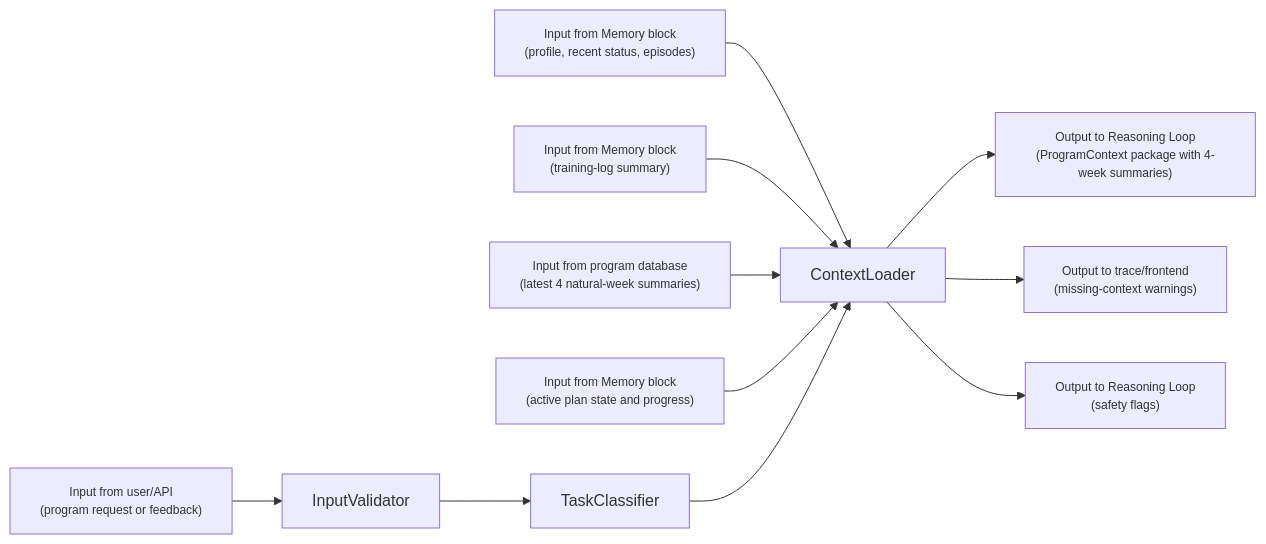
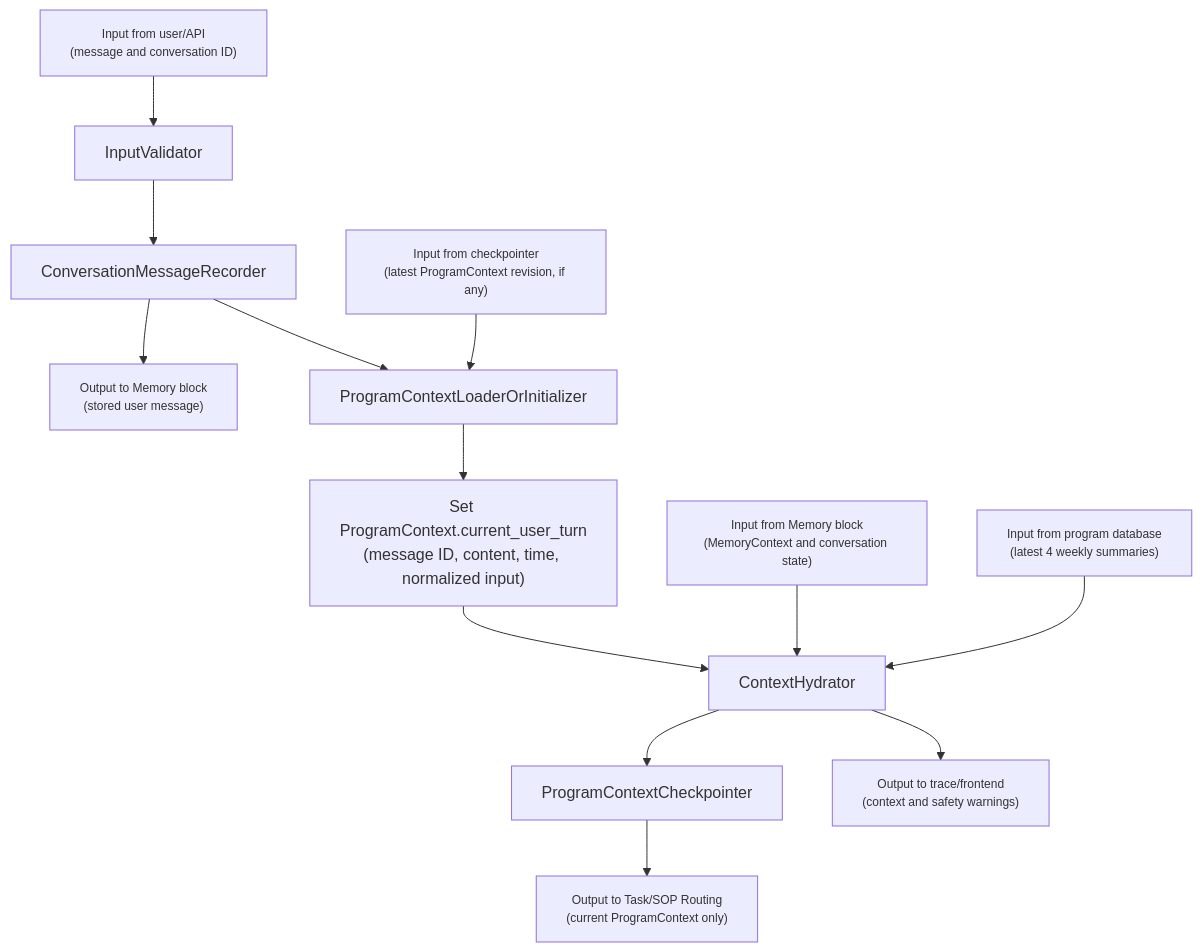
Before and after one commit to HanWang575/Agentic_Training_Plan_Generator: the first of 5 diagrams in docs/functions/program_generator.md, drawn with Mermaid. The commit also changed other lines of this file and 2 other files, not shown here.

Commit message:
Refine program generator architecture outline

````diff
--- a/docs/functions/program_generator.md
+++ b/docs/functions/program_generator.md
@@ -196,14 +201,16 @@
 ```mermaid
-flowchart LR
+flowchart TD
     classDef handoff font-size:12px,font-weight:300;
-    REQ["Input from user/API<br/>(program request or feedback)"]:::handoff --> IV["InputValidator"]
-    IV --> TC["TaskClassifier"]
-    MEM["Input from Memory block<br/>(profile, recent status, episodes)"]:::handoff --> CL["ContextLoader"]
-    TLOG["Input from Memory block<br/>(training-log summary)"]:::handoff --> CL
-    NOTES["Input from program database<br/>(latest 4 natural-week summaries)"]:::handoff --> CL
-    ACTIVE["Input from Memory block<br/>(active plan state and progress)"]:::handoff --> CL
-    TC --> CL
-    CL --> CTX["Output to Reasoning Loop<br/>(ProgramContext package with 4-week summaries)"]:::handoff
-    CL --> WARN["Output to trace/frontend<br/>(missing-context warnings)"]:::handoff
-    CL --> SAFE["Output to Reasoning Loop<br/>(safety flags)"]:::handoff
+    TURN["Input from user/API<br/>(message and conversation ID)"]:::handoff --> IV["InputValidator"]
+    IV --> RECORD["ConversationMessageRecorder"]
+    RECORD --> MEMMSG["Output to Memory block<br/>(stored user message)"]:::handoff
+    RECORD --> LOAD["ProgramContextLoaderOrInitializer"]
+    SAVED["Input from checkpointer<br/>(latest ProgramContext revision, if any)"]:::handoff --> LOAD
+    LOAD --> TURNPATCH["Set ProgramContext.current_user_turn<br/>(message ID, content, time, normalized input)"]
+    TURNPATCH --> HYDRATE["ContextHydrator"]
+    MEM["Input from Memory block<br/>(MemoryContext and conversation state)"]:::handoff --> HYDRATE
+    NOTES["Input from program database<br/>(latest 4 weekly summaries)"]:::handoff --> HYDRATE
+    HYDRATE --> CHECK["ProgramContextCheckpointer"]
+    CHECK --> READY["Output to Task/SOP Routing<br/>(current ProgramContext only)"]:::handoff
+    HYDRATE --> WARN["Output to trace/frontend<br/>(context and safety warnings)"]:::handoff
 ```
````
